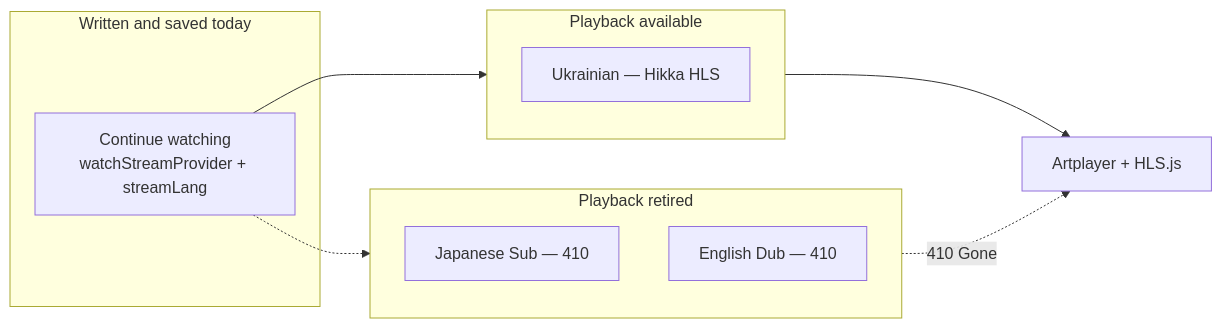
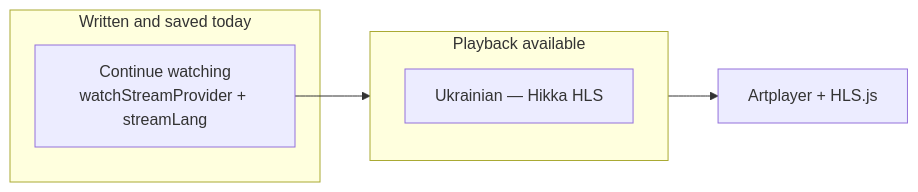
The first of 2 diagrams in README.md (Pashahu1/OtakuFusion), drawn with Mermaid before and after one commit. The commit also changed other lines of this file and 77 other files, not shown here.

````diff
--- a/README.md
+++ b/README.md
@@ -49,20 +49,13 @@
 ```mermaid
 flowchart LR
   subgraph persist [Written and saved today]
     Prefs["Continue watching<br/>watchStreamProvider + streamLang"]
   end
 
   subgraph live [Playback available]
     UA["Ukrainian — Hikka HLS"]
   end
 
-  subgraph gated [Playback retired]
-    JP["Japanese Sub — 410"]
-    EN["English Dub — 410"]
-  end
-
   Prefs --> live
-  Prefs -.-> gated
   live --> Player["Artplayer + HLS.js"]
-  gated -.->|410 Gone| Player
 ```
````
